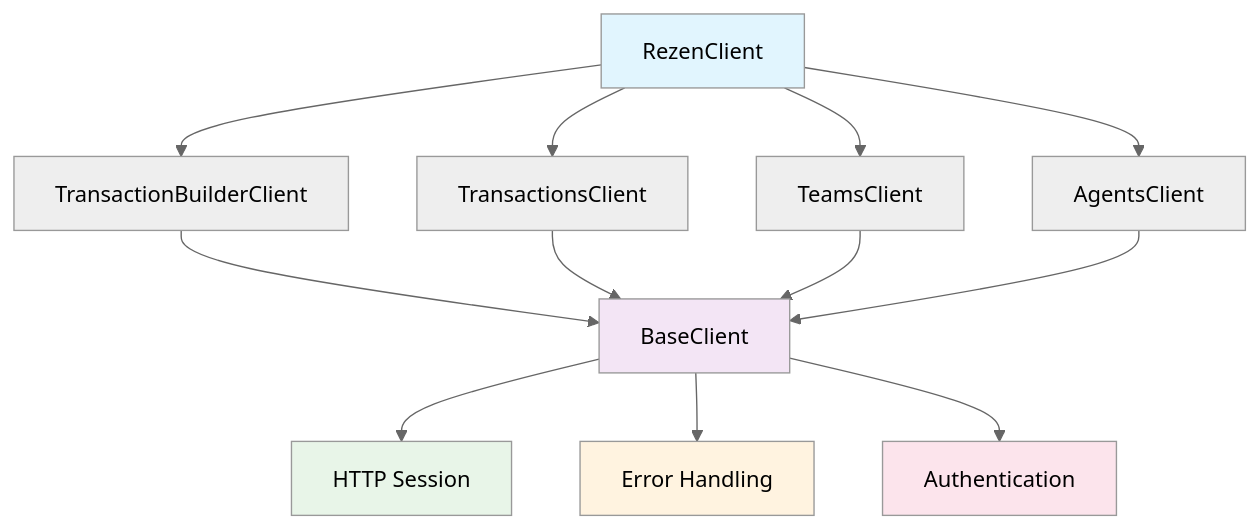
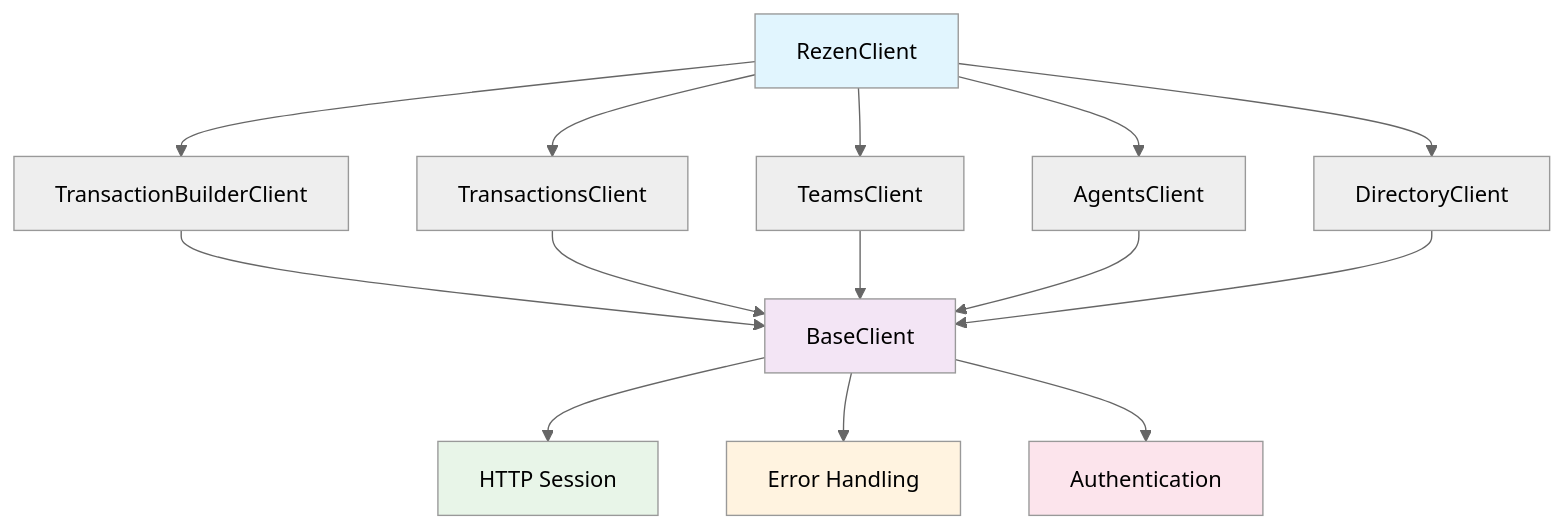
The diagram in docs/index.md (theperrygroup/rezen), drawn with Mermaid (neutral theme) before and after one commit. The commit also changed other lines of this file and 9 other files, not shown here.

````diff
--- a/docs/index.md
+++ b/docs/index.md
@@ -102,22 +102,24 @@
 ```mermaid
 graph TB
     A[RezenClient] --> B[TransactionBuilderClient]
     A --> C[TransactionsClient]
     A --> D[TeamsClient]
     A --> E[AgentsClient]
+    A --> F[DirectoryClient]
     
-    B --> F[BaseClient]
-    C --> F
-    D --> F
-    E --> F
+    B --> G[BaseClient]
+    C --> G
+    D --> G
+    E --> G
+    F --> G
     
-    F --> G[HTTP Session]
-    F --> H[Error Handling]
-    F --> I[Authentication]
+    G --> H[HTTP Session]
+    G --> I[Error Handling]
+    G --> J[Authentication]
     
     style A fill:#e1f5fe
-    style F fill:#f3e5f5
-    style G fill:#e8f5e8
-    style H fill:#fff3e0
-    style I fill:#fce4ec
+    style G fill:#f3e5f5
+    style H fill:#e8f5e8
+    style I fill:#fff3e0
+    style J fill:#fce4ec
 ```
````
